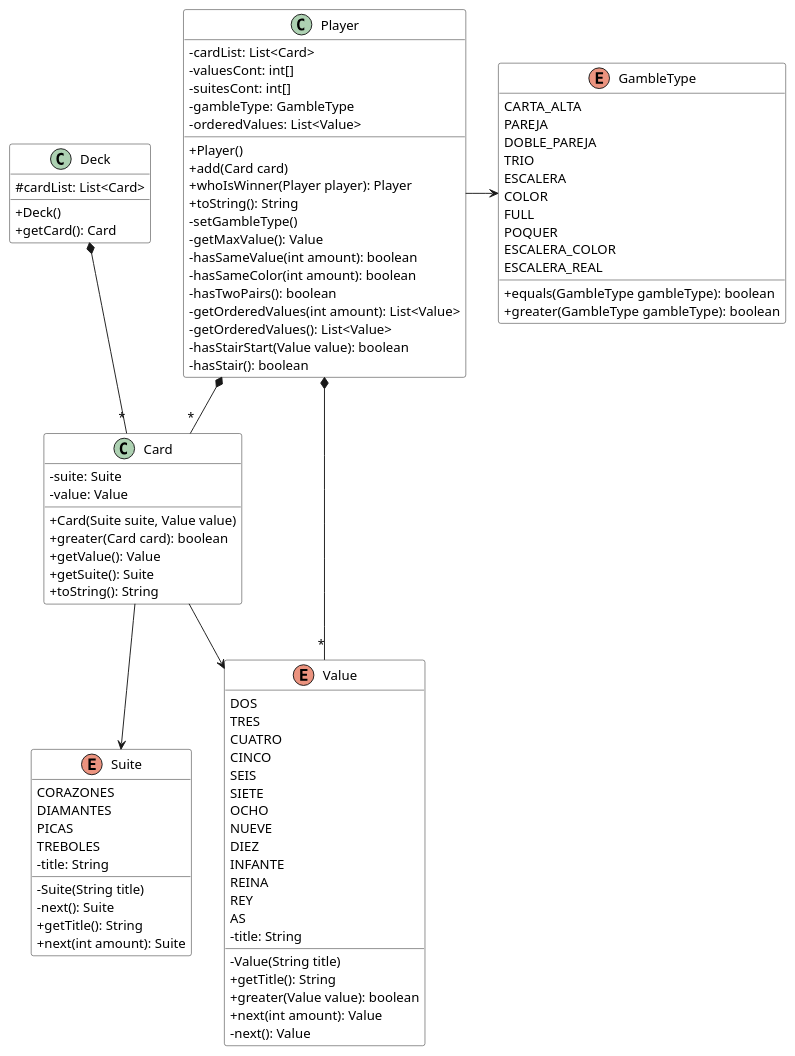
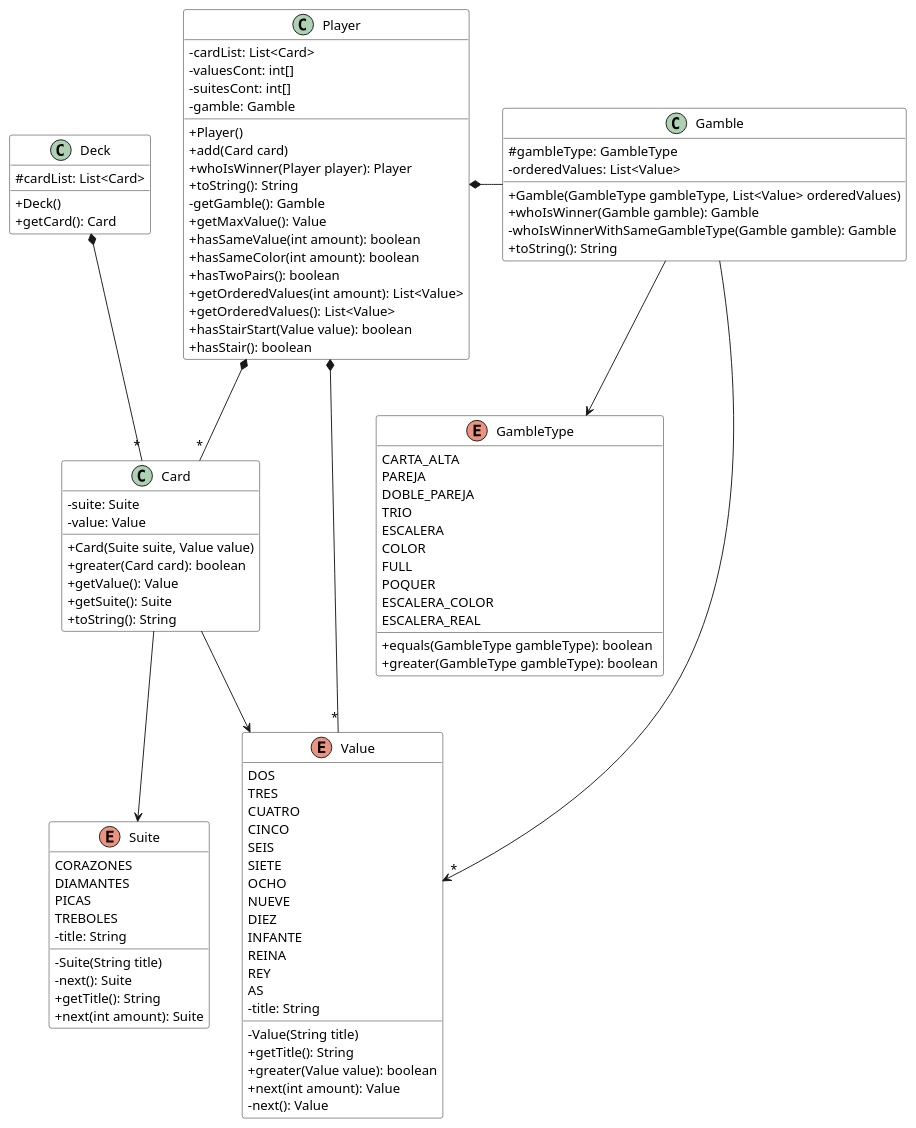
Before and after one commit to mpaulaherrero/refactoring: the diagram in docs/pokerClassDiagram.plantuml, drawn with PlantUML. The commit also changed 2 other files, not shown here.

Commit message:
Poker - version 02: método largo, extraer Clase Gamble, pasar método whoIsWinner de Player, modificar setGambleType() de Player por getGable()

```diff
--- a/docs/pokerClassDiagram.plantuml
+++ b/docs/pokerClassDiagram.plantuml
@@ -1,98 +1,108 @@
 @startuml poker
 skinparam ClassBackgroundColor white
 skinparam classAttributeIconSize 0
 show circle
 
 class Deck {
 # cardList: List<Card>
 + Deck()
 + getCard(): Card
 }
 
 class Card {
 - suite: Suite
 - value: Value
 + Card(Suite suite, Value value)
 + greater(Card card): boolean
 + getValue(): Value
 + getSuite(): Suite
 + toString(): String
 }
 
 enum GambleType {
 CARTA_ALTA
 PAREJA
 DOBLE_PAREJA
 TRIO
 ESCALERA
 COLOR
 FULL
 POQUER
 ESCALERA_COLOR
 ESCALERA_REAL
 + equals(GambleType gambleType): boolean
 + greater(GambleType gambleType): boolean
 }
 
 class Player {
 - cardList: List<Card>
 - valuesCont: int[]
 - suitesCont: int[]
-- gambleType: GambleType
-- orderedValues: List<Value>
+- gamble: Gamble
 + Player()
 + add(Card card)
 + whoIsWinner(Player player): Player
 + toString(): String
-- setGambleType()
-- getMaxValue(): Value
-- hasSameValue(int amount): boolean
-- hasSameColor(int amount): boolean
-- hasTwoPairs(): boolean
-- getOrderedValues(int amount): List<Value>
-- getOrderedValues(): List<Value>
-- hasStairStart(Value value): boolean
-- hasStair(): boolean
+- getGamble(): Gamble
++ getMaxValue(): Value
++ hasSameValue(int amount): boolean
++ hasSameColor(int amount): boolean
++ hasTwoPairs(): boolean
++ getOrderedValues(int amount): List<Value>
++ getOrderedValues(): List<Value>
++ hasStairStart(Value value): boolean
++ hasStair(): boolean
 }
 
 enum Suite {
 CORAZONES
 DIAMANTES
 PICAS
 TREBOLES
 - title: String
 - Suite(String title)
 - next(): Suite
 + getTitle(): String
 + next(int amount): Suite
 }
 
 enum Value{
 DOS
 TRES
 CUATRO
 CINCO
 SEIS
 SIETE
 OCHO
 NUEVE
 DIEZ
 INFANTE
 REINA
 REY
 AS
 - title: String
 - Value(String title)
 + getTitle(): String
 + greater(Value value): boolean
 + next(int amount): Value
 - next(): Value
 }
 
+class Gamble {
+# gambleType: GambleType
+- orderedValues: List<Value>
++ Gamble(GambleType gambleType, List<Value> orderedValues)
++ whoIsWinner(Gamble gamble): Gamble
+- whoIsWinnerWithSameGambleType(Gamble gamble): Gamble
++ toString(): String
+}
+
 Deck *-d- "*" Card
 Player *-d- "*" Card
 Player *-d- "*" Value
-Player -r-> GambleType
+Player *-r- Gamble
+Gamble -d-> GambleType
+Gamble -d-> "*" Value
 Card -d-> Value
 Card -d-> Suite
 @enduml
```
